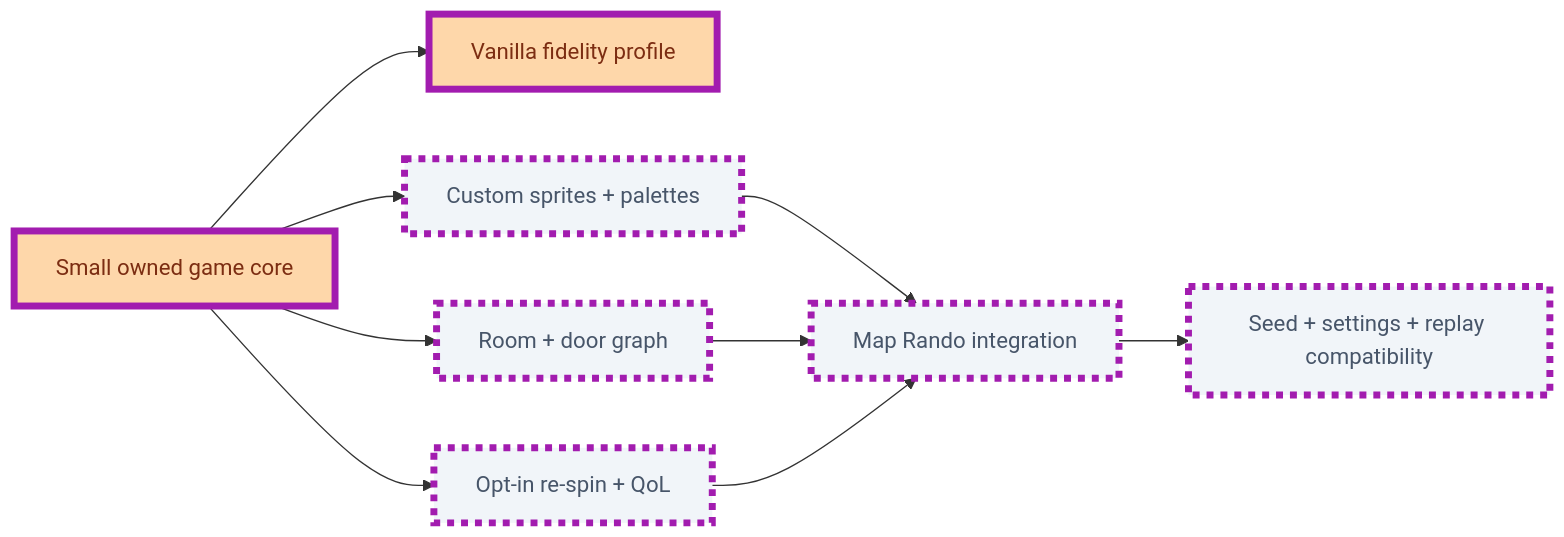
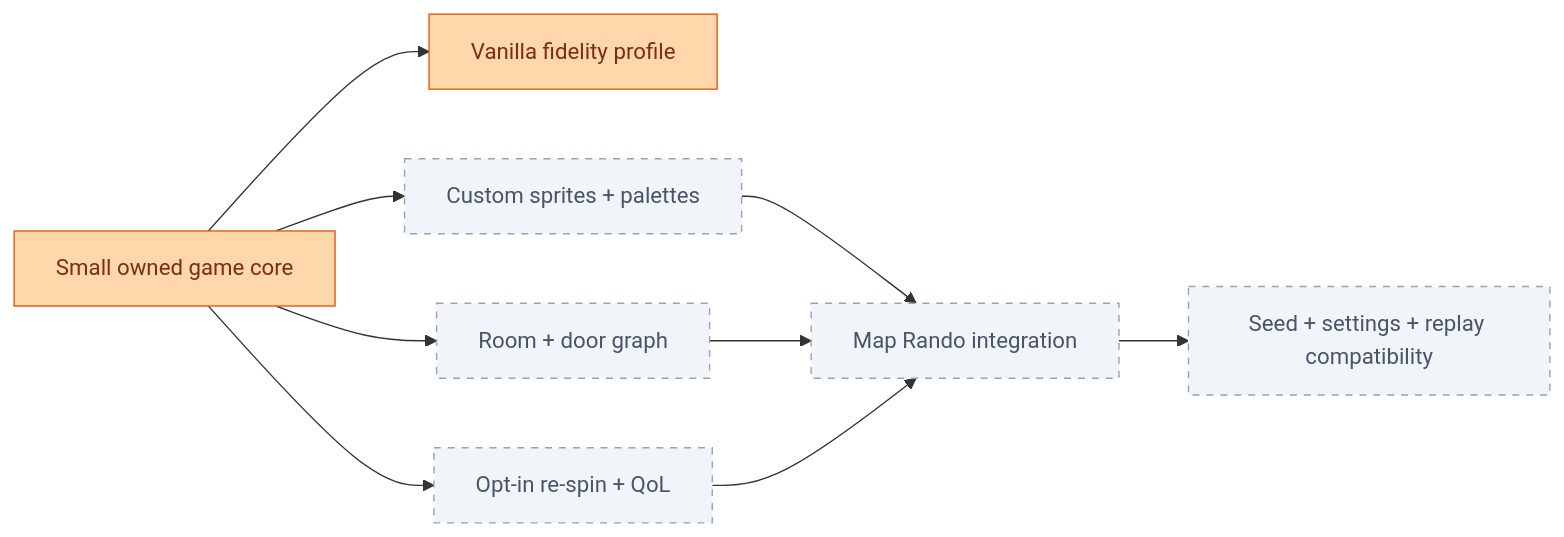
The first of 15 diagrams in PROGRESS.md (JimLundin/sm-decomp), drawn with Mermaid before and after one commit. The commit also changed other lines of this file and 67 other files, not shown here.

````diff
--- a/PROGRESS.md
+++ b/PROGRESS.md
@@ -6,16 +6,15 @@
 ```mermaid
 flowchart LR
     CORE["Small owned game core"]:::active
     CORE --> VANILLA["Vanilla fidelity profile"]:::active
     CORE --> MEDIA["Custom sprites + palettes"]:::pending
     CORE --> WORLD["Room + door graph"]:::pending
     CORE --> RULES["Opt-in re-spin + QoL"]:::pending
     MEDIA --> MR["Map Rando integration"]:::pending
     WORLD --> MR
     RULES --> MR
     MR --> REPLAY["Seed + settings + replay compatibility"]:::pending
-    class CORE,VANILLA,MEDIA,WORLD,RULES,MR,REPLAY changed
     classDef active fill:#fed7aa,stroke:#ea580c,color:#7c2d12
     classDef pending fill:#f1f5f9,stroke:#94a3b8,color:#475569,stroke-dasharray:5 5
     classDef changed stroke:#a21caf,stroke-width:5px
 ```
````
